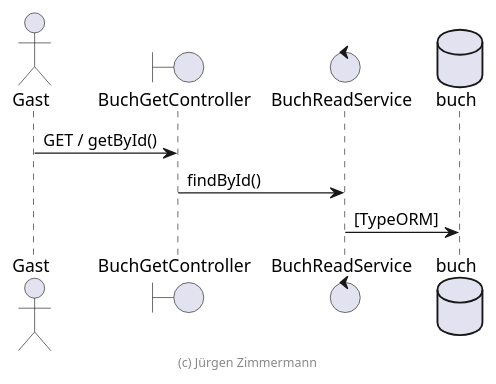
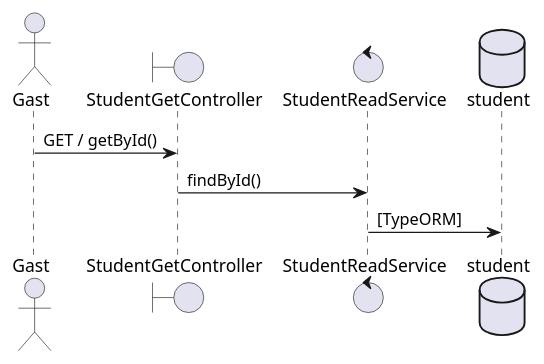
The diagram in .extras/doc/projekthandbuch/sequenzdiagramm.plantuml (vaxa26/Studenten), drawn with PlantUML before and after one commit. The commit also changed 30 other files, not shown here.

```diff
--- a/.extras/doc/projekthandbuch/sequenzdiagramm.plantuml
+++ b/.extras/doc/projekthandbuch/sequenzdiagramm.plantuml
@@ -18,15 +18,13 @@
 @startuml Sequenzdiagramm
 
 actor Gast
 
-boundary BuchGetController
-control BuchReadService
-database buch
+boundary StudentGetController
+control StudentReadService
+database student
 
-Gast -> BuchGetController : GET / getById()
-BuchGetController -> BuchReadService: findById()
-BuchReadService -> buch: [TypeORM]
-
-footer (c) Jürgen Zimmermann
+Gast -> StudentGetController : GET / getById()
+StudentGetController -> StudentReadService: findById()
+StudentReadService -> student: [TypeORM]
 
 @enduml
```
